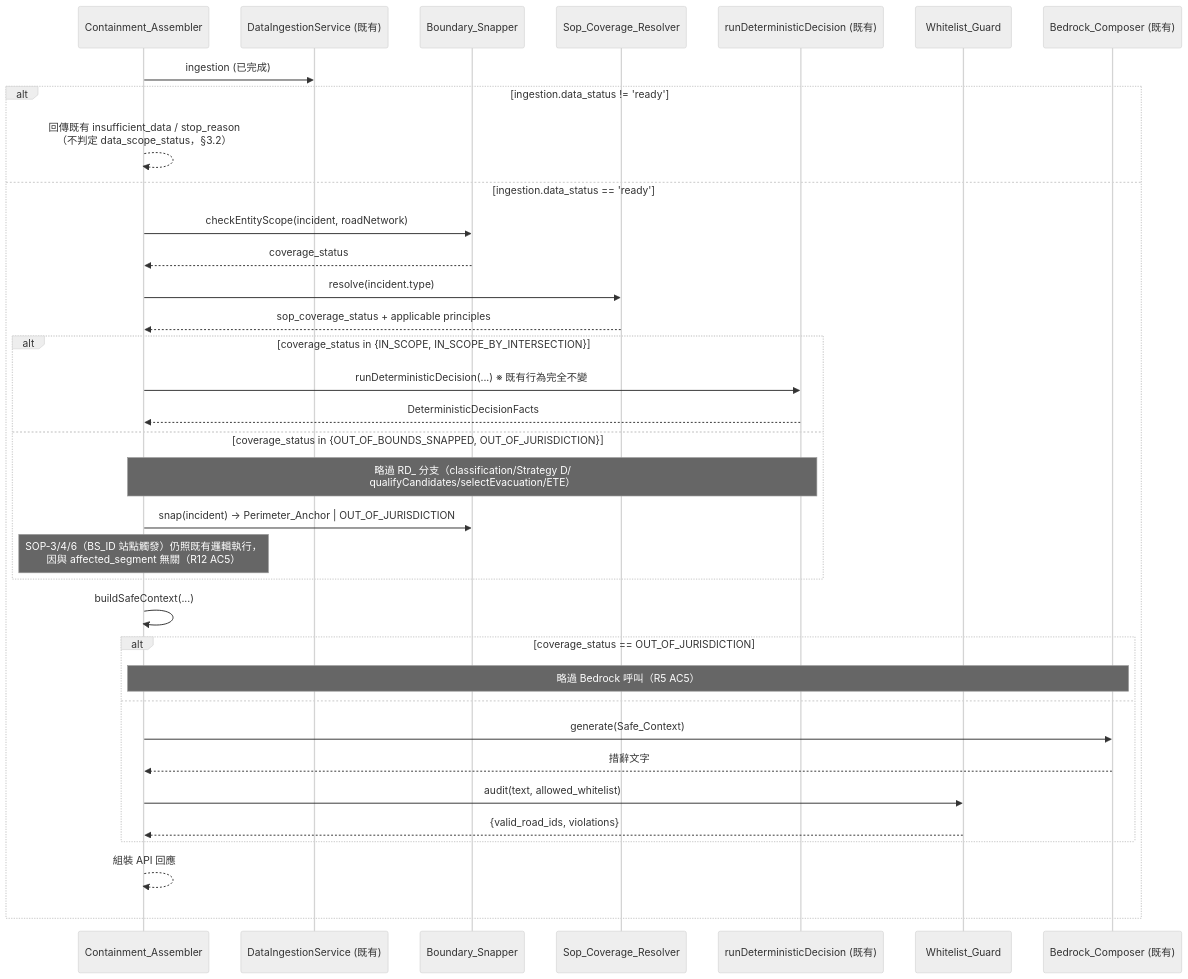
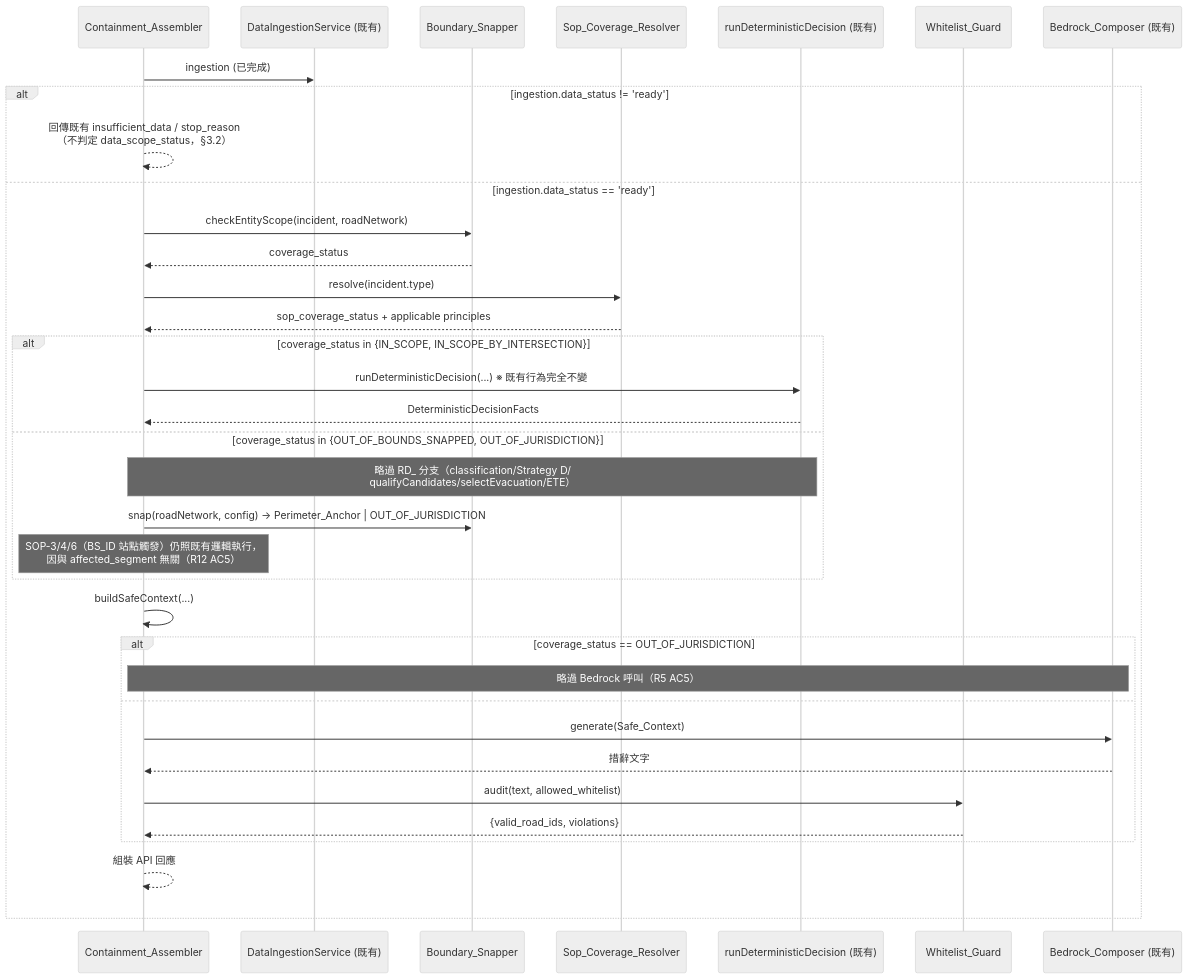
One commit to lucashsu95/city-response-commander changed the diagram in .kiro/specs/boundary-snapping-containment/design.md. Above: the diagram before and after it, drawn with Mermaid (neutral theme). The commit also changed other lines of this file and 26 other files, not shown here.

````diff
--- a/.kiro/specs/boundary-snapping-containment/design.md
+++ b/.kiro/specs/boundary-snapping-containment/design.md
@@ -64,40 +64,40 @@
 ```mermaid
 sequenceDiagram
     participant Assembler as Containment_Assembler
     participant Ingest as DataIngestionService (既有)
     participant Snap as Boundary_Snapper
     participant Sop as Sop_Coverage_Resolver
     participant Pipeline as runDeterministicDecision (既有)
     participant Guard as Whitelist_Guard
     participant LLM as Bedrock_Composer (既有)
 
     Assembler->>Ingest: ingestion (已完成)
     alt ingestion.data_status != 'ready'
         Assembler-->>Assembler: 回傳既有 insufficient_data / stop_reason<br/>（不判定 data_scope_status，§3.2）
     else ingestion.data_status == 'ready'
         Assembler->>Snap: checkEntityScope(incident, roadNetwork)
         Snap-->>Assembler: coverage_status
         Assembler->>Sop: resolve(incident.type)
         Sop-->>Assembler: sop_coverage_status + applicable principles
 
         alt coverage_status in {IN_SCOPE, IN_SCOPE_BY_INTERSECTION}
             Assembler->>Pipeline: runDeterministicDecision(...)  ※ 既有行為完全不變
             Pipeline-->>Assembler: DeterministicDecisionFacts
         else coverage_status in {OUT_OF_BOUNDS_SNAPPED, OUT_OF_JURISDICTION}
             Note over Assembler,Pipeline: 略過 RD_ 分支（classification/Strategy D/<br/>qualifyCandidates/selectEvacuation/ETE）
-            Assembler->>Snap: snap(incident) → Perimeter_Anchor | OUT_OF_JURISDICTION
+            Assembler->>Snap: snap(roadNetwork, config) → Perimeter_Anchor | OUT_OF_JURISDICTION
             Note over Assembler: SOP-3/4/6（BS_ID 站點觸發）仍照既有邏輯執行，<br/>因與 affected_segment 無關（R12 AC5）
         end
 
         Assembler->>Assembler: buildSafeContext(...)
         alt coverage_status == OUT_OF_JURISDICTION
             Note over Assembler,LLM: 略過 Bedrock 呼叫（R5 AC5）
         else
             Assembler->>LLM: generate(Safe_Context)
             LLM-->>Assembler: 措辭文字
             Assembler->>Guard: audit(text, allowed_whitelist)
             Guard-->>Assembler: {valid_road_ids, violations}
         end
         Assembler-->>Assembler: 組裝 API 回應
     end
 ```
````
